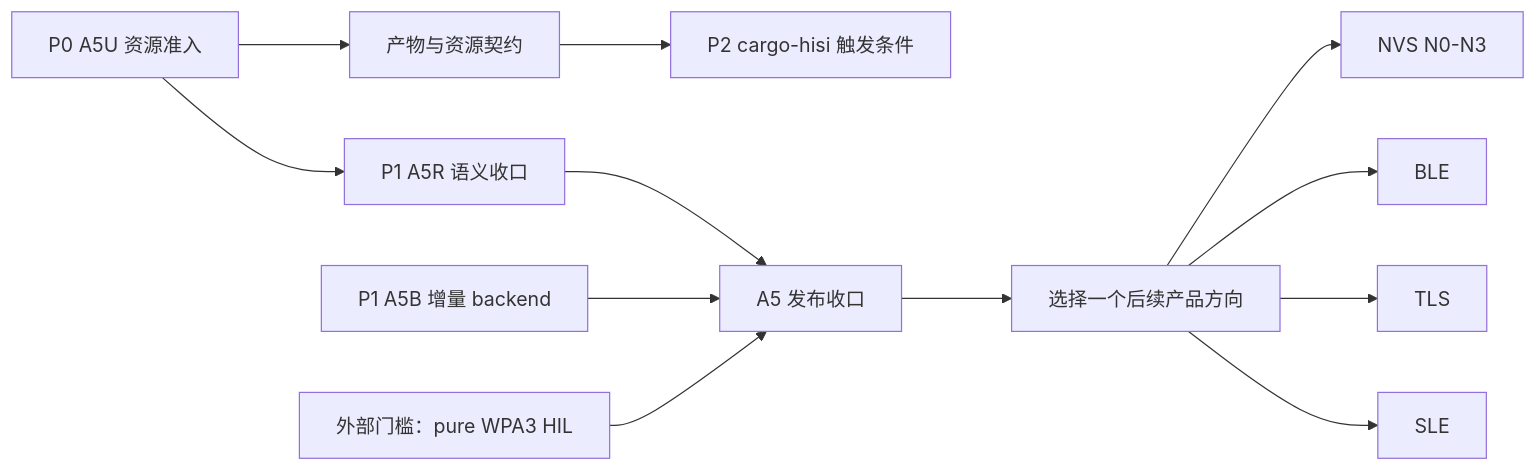
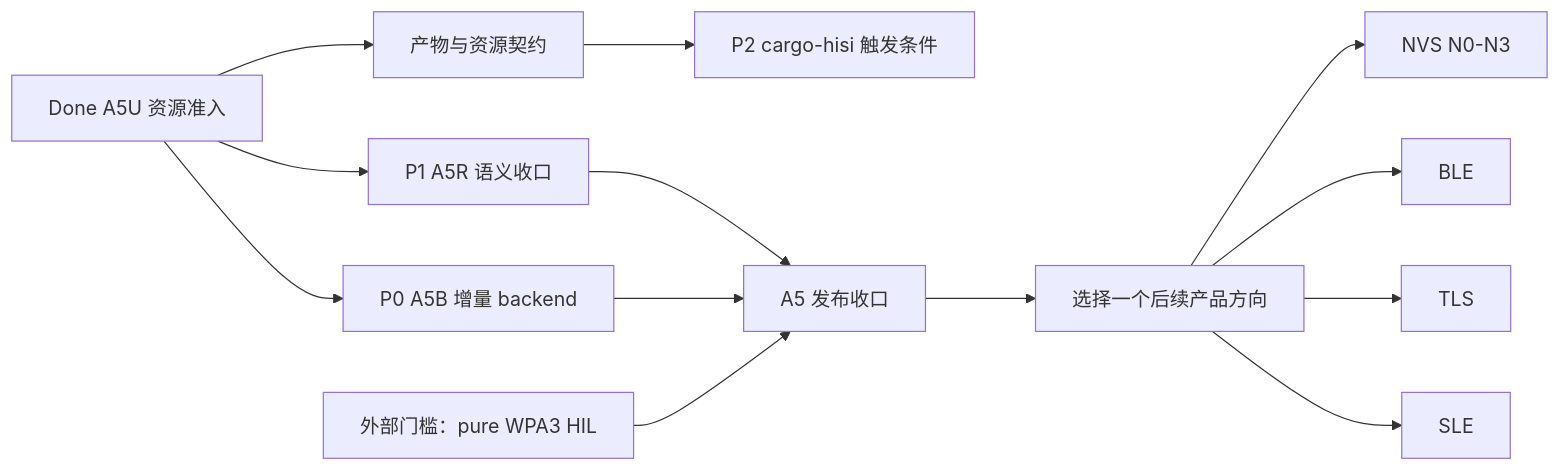
The diagram in docs/plan/README.md (hispark-rs/hisi-riscv-rs), drawn with Mermaid before and after one commit. The commit also changed other lines of this file and 2 other files, not shown here.

````diff
--- a/docs/plan/README.md
+++ b/docs/plan/README.md
@@ -41,14 +41,15 @@
 ```mermaid
 flowchart LR
-    A5U["P0 A5U 资源准入"] --> A5R["P1 A5R 语义收口"]
+    A5U["Done A5U 资源准入"] --> A5B["P0 A5B 增量 backend"]
+    A5U --> A5R["P1 A5R 语义收口"]
     A5U --> REPORT["产物与资源契约"]
     REPORT --> CLI["P2 cargo-hisi 触发条件"]
     A5R --> A5["A5 发布收口"]
-    A5B["P1 A5B 增量 backend"] --> A5
+    A5B --> A5
     WPA3["外部门槛：pure WPA3 HIL"] --> A5
     A5 --> PRODUCT["选择一个后续产品方向"]
     PRODUCT --> NVS["NVS N0-N3"]
     PRODUCT --> BLE["BLE"]
     PRODUCT --> TLS["TLS"]
     PRODUCT --> SLE["SLE"]
 ```
````
